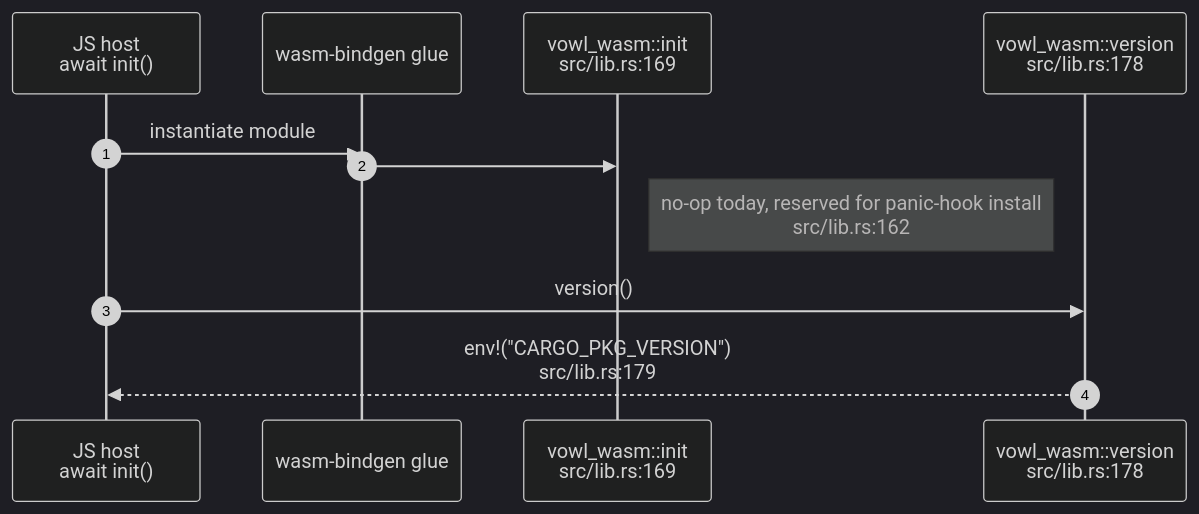
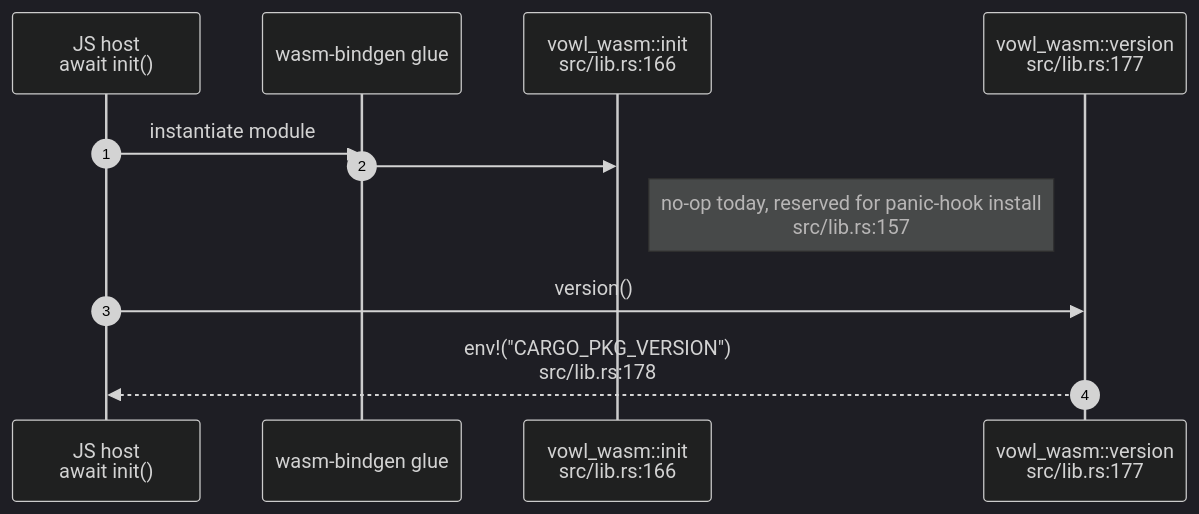
The third of 6 diagrams in docs/diagrams/vowl-wasm/01-crate-composition-and-wasm-boundary.md (DreamLab-AI/VisionFlow), drawn with Mermaid (dark theme) before and after one commit. The commit also changed other lines of this file and 160 other files, not shown here.

````diff
--- a/docs/diagrams/vowl-wasm/01-crate-composition-and-wasm-boundary.md
+++ b/docs/diagrams/vowl-wasm/01-crate-composition-and-wasm-boundary.md
@@ -63,13 +65,13 @@
 ```mermaid
 sequenceDiagram
     autonumber
     participant JS as JS host<br/>await init()
     participant WB as wasm-bindgen glue
-    participant M as vowl_wasm::init<br/>src/lib.rs:169
-    participant V as vowl_wasm::version<br/>src/lib.rs:178
+    participant M as vowl_wasm::init<br/>src/lib.rs:166
+    participant V as vowl_wasm::version<br/>src/lib.rs:177
     JS->>WB: instantiate module
     WB->>M: #[wasm_bindgen(start)] init()
-    Note right of M: no-op today, reserved for panic-hook install<br/>src/lib.rs:162
+    Note right of M: no-op today, reserved for panic-hook install<br/>src/lib.rs:157
     JS->>V: version()
-    V-->>JS: env!("CARGO_PKG_VERSION")<br/>src/lib.rs:179
+    V-->>JS: env!("CARGO_PKG_VERSION")<br/>src/lib.rs:178
 ```
````
